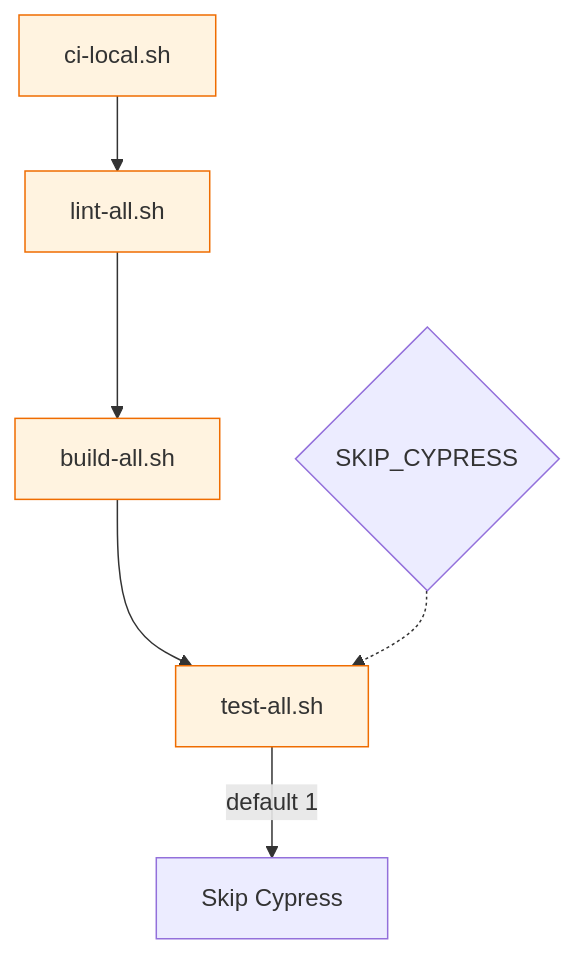
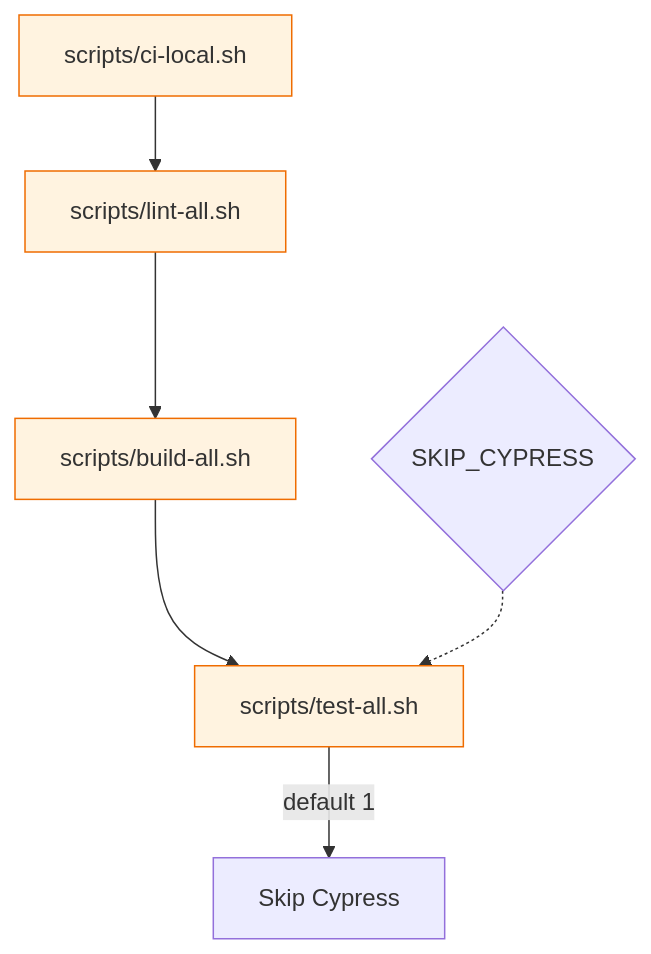
Before and after one commit to 01laky/mfai_demo: the fourth of 6 diagrams in docs/guides/development.md, drawn with Mermaid. The commit also changed other lines of this file and 28 other files, not shown here.

First line of the commit message:
chore(dev): scripts dir, FE nginx wait proxy, clear-all/start-all, demo users doc

````diff
--- a/docs/guides/development.md
+++ b/docs/guides/development.md
@@ -181,14 +183,14 @@
 ```mermaid
 flowchart TB
-  CLI[ci-local.sh]
-  L[lint-all.sh]
-  B[build-all.sh]
-  T[test-all.sh]
+  CLI[scripts/ci-local.sh]
+  L[scripts/lint-all.sh]
+  B[scripts/build-all.sh]
+  T[scripts/test-all.sh]
   CY{SKIP_CYPRESS}
   CLI --> L --> B --> T
   T -->|default 1| SkipCy[Skip Cypress]
   CY -.-> T
 
   classDef apiFill fill:#fff3e0,stroke:#ef6c00
   class CLI,L,B,T apiFill
 ```
````
